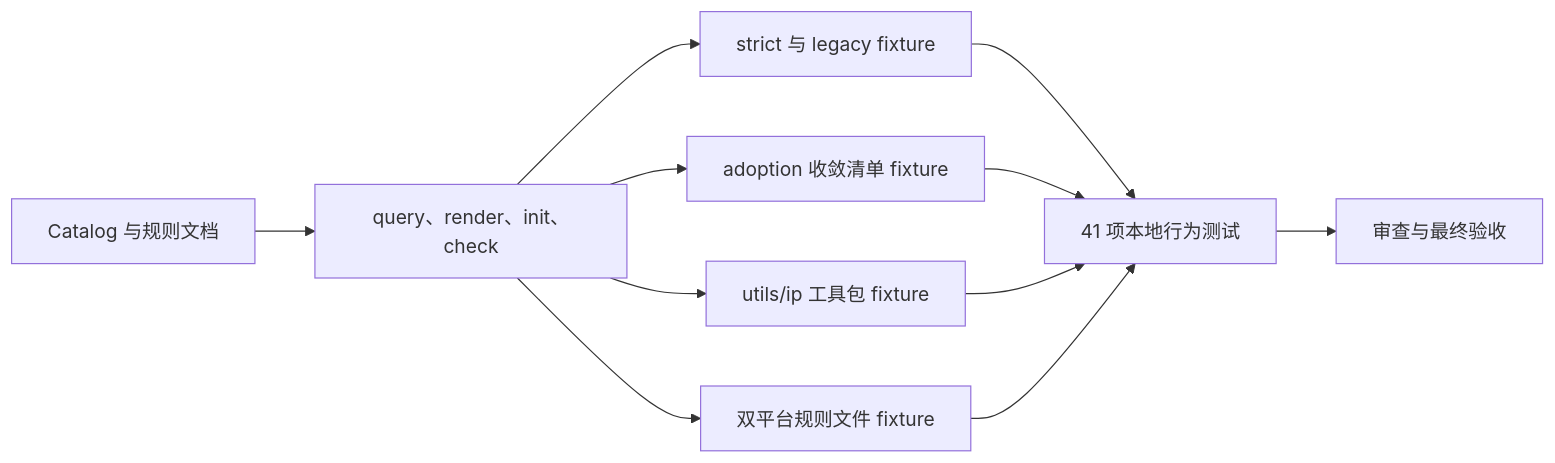
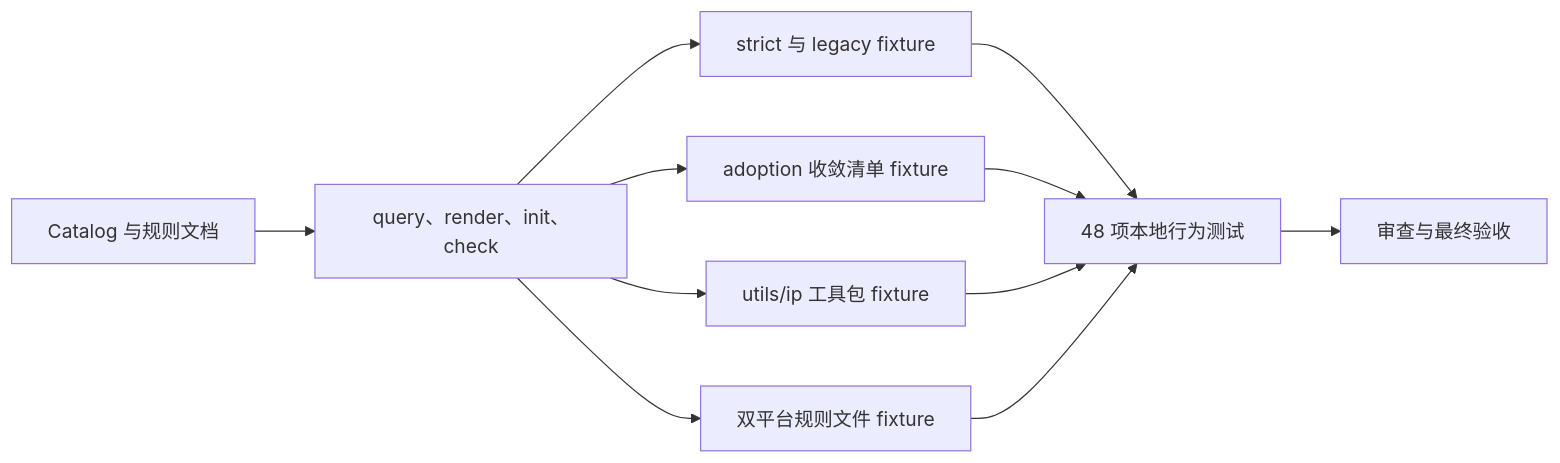
The diagram in doc/7-验收/2026-07-28_014412_代码位置目录规则V2_最终验收.md (luode0320/luode-skills), drawn with Mermaid before and after one commit. The commit also changed other lines of this file and 1 other file, not shown here.

````diff
--- a/doc/7-验收/2026-07-28_014412_代码位置目录规则V2_最终验收.md
+++ b/doc/7-验收/2026-07-28_014412_代码位置目录规则V2_最终验收.md
@@ -75,13 +75,13 @@
 ```mermaid
 flowchart LR
     A["Catalog 与规则文档"] --> B["query、render、init、check"]
     B --> C["strict 与 legacy fixture"]
     B --> D["adoption 收敛清单 fixture"]
     B --> I["utils/ip 工具包 fixture"]
     B --> J["双平台规则文件 fixture"]
-    C --> E["41 项本地行为测试"]
+    C --> E["48 项本地行为测试"]
     D --> E
     I --> E
     J --> E
     E --> F["审查与最终验收"]
 ```
````
